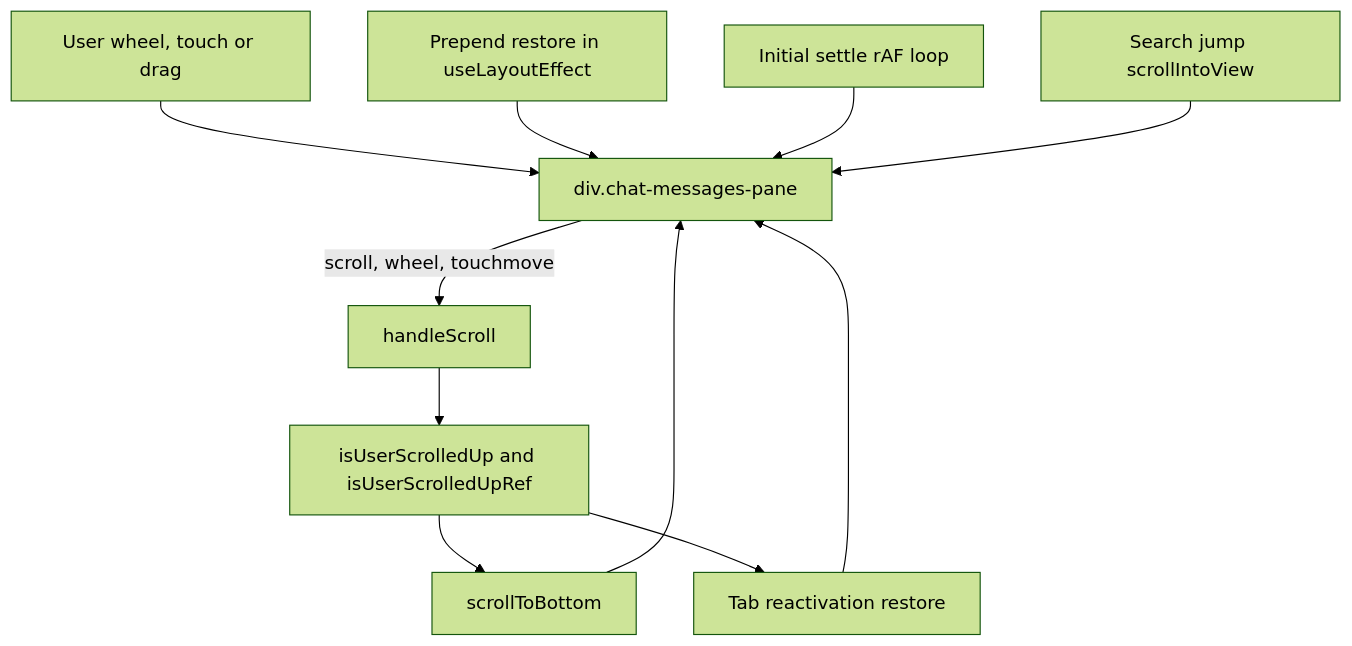
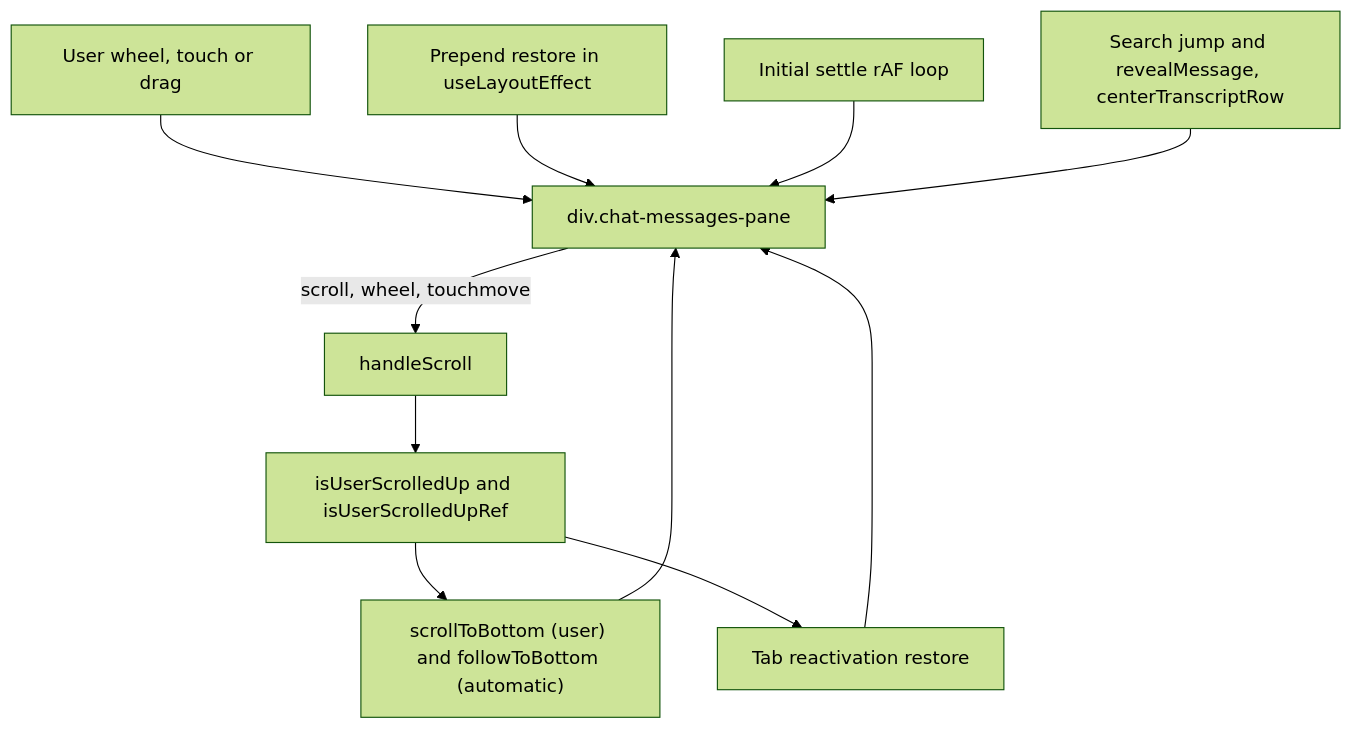
Before and after one commit to siteboon/claudecodeui: the first of 5 diagrams in docs/architecture/05-scrolling.md, drawn with Mermaid (forest theme). The commit also changed other lines of this file and 30 other files, not shown here.

````diff
--- a/docs/architecture/05-scrolling.md
+++ b/docs/architecture/05-scrolling.md
@@ -81,13 +88,13 @@
 ```mermaid
 flowchart TD
   U["User wheel, touch or drag"] --> PANE["div.chat-messages-pane"]
-  W1["scrollToBottom"] --> PANE
+  W1["scrollToBottom (user) and followToBottom (automatic)"] --> PANE
   W2["Prepend restore in useLayoutEffect"] --> PANE
   W3["Tab reactivation restore"] --> PANE
   W4["Initial settle rAF loop"] --> PANE
-  W5["Search jump scrollIntoView"] --> PANE
+  W5["Search jump and revealMessage, centerTranscriptRow"] --> PANE
   PANE -->|"scroll, wheel, touchmove"| HS["handleScroll"]
   HS --> FLAG["isUserScrolledUp and isUserScrolledUpRef"]
   FLAG --> W1
   FLAG --> W3
 ```
````
